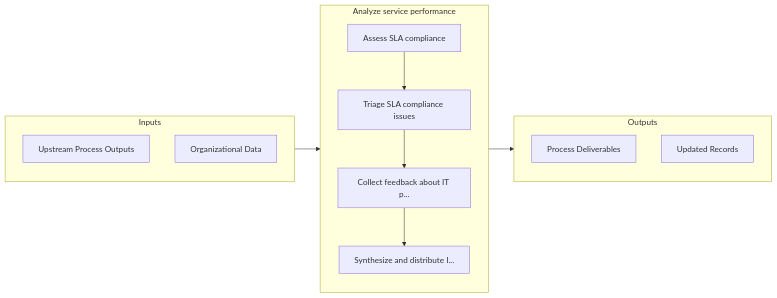
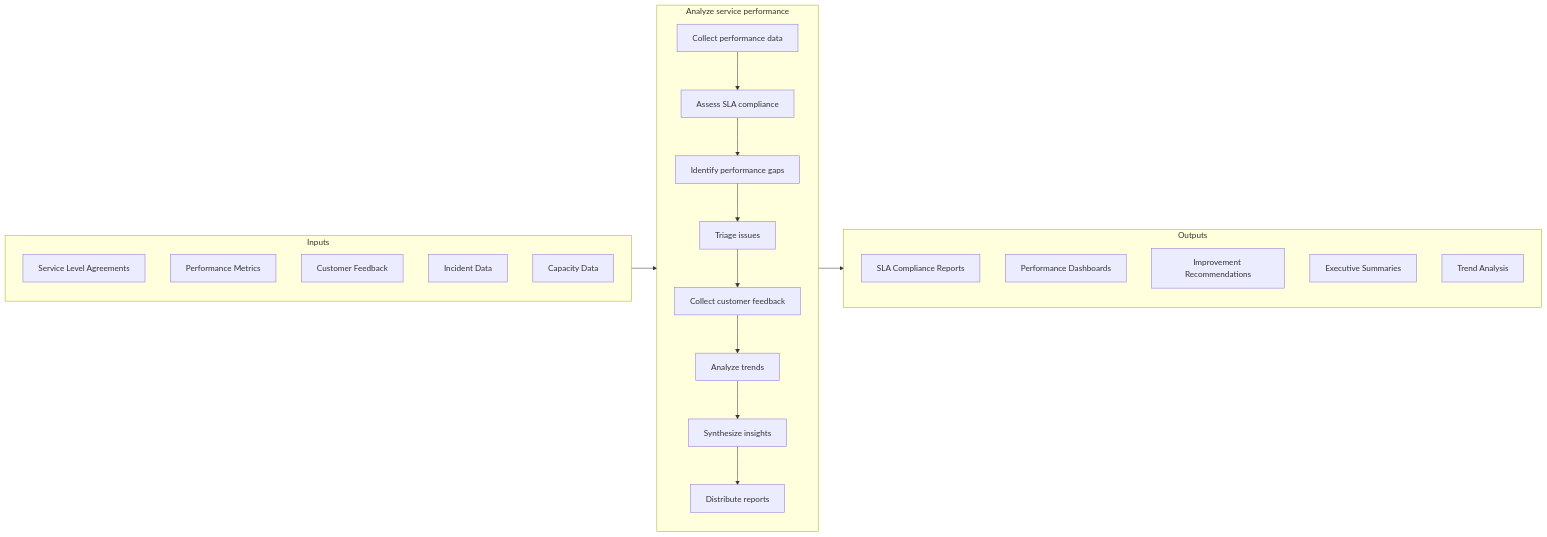
Before and after one commit to kziemski/business.org.ai: the second of 3 diagrams in processes/08-IT/8.1-DevelopManageITCustomer/8.1.7-AnalyzeServicePerformance/index.mdx, drawn with Mermaid. The commit also changed other lines of this file and 67 other files, not shown here.

````diff
--- a/processes/08-IT/8.1-DevelopManageITCustomer/8.1.7-AnalyzeServicePerformance/index.mdx
+++ b/processes/08-IT/8.1-DevelopManageITCustomer/8.1.7-AnalyzeServicePerformance/index.mdx
@@ -62,24 +72,32 @@
 ```mermaid
 flowchart LR
     subgraph Inputs["Inputs"]
-        I1["Upstream Process Outputs"]
-        I2["Organizational Data"]
+        I1["Service Level Agreements"]
+        I2["Performance Metrics"]
+        I3["Customer Feedback"]
+        I4["Incident Data"]
+        I5["Capacity Data"]
     end
 
     subgraph Process["Analyze service performance"]
-        S1["Assess SLA compliance"]
-        S2["Triage SLA compliance issues"]
-        S3["Collect feedback about IT p..."]
-        S4["Synthesize and distribute I..."]
+        S1["Collect performance data"]
+        S2["Assess SLA compliance"]
+        S3["Identify performance gaps"]
+        S4["Triage issues"]
+        S5["Collect customer feedback"]
+        S6["Analyze trends"]
+        S7["Synthesize insights"]
+        S8["Distribute reports"]
     end
 
     subgraph Outputs["Outputs"]
-        O1["Process Deliverables"]
-        O2["Updated Records"]
+        O1["SLA Compliance Reports"]
+        O2["Performance Dashboards"]
+        O3["Improvement Recommendations"]
+        O4["Executive Summaries"]
+        O5["Trend Analysis"]
     end
 
     Inputs --> Process --> Outputs
-    S1 --> S2
-    S2 --> S3
-    S3 --> S4
+    S1 --> S2 --> S3 --> S4 --> S5 --> S6 --> S7 --> S8
 ```
````
